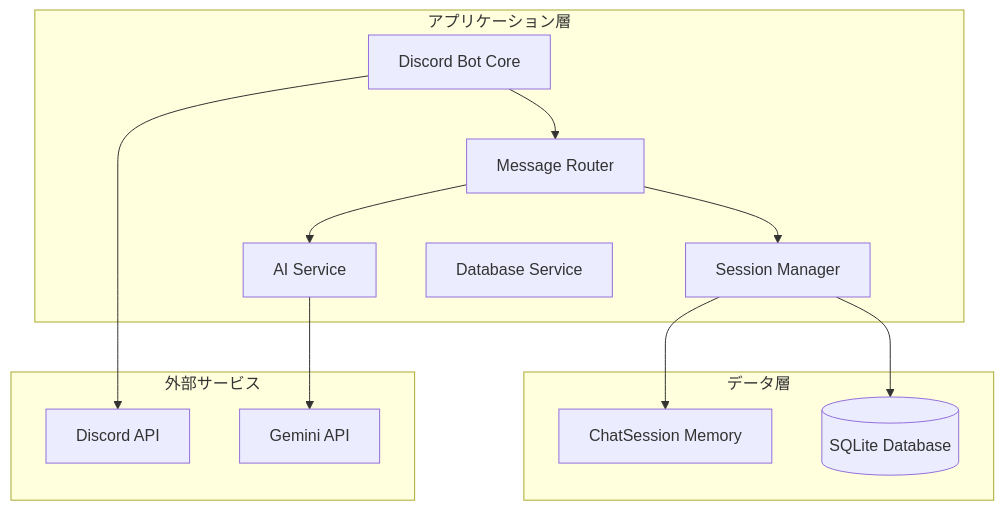
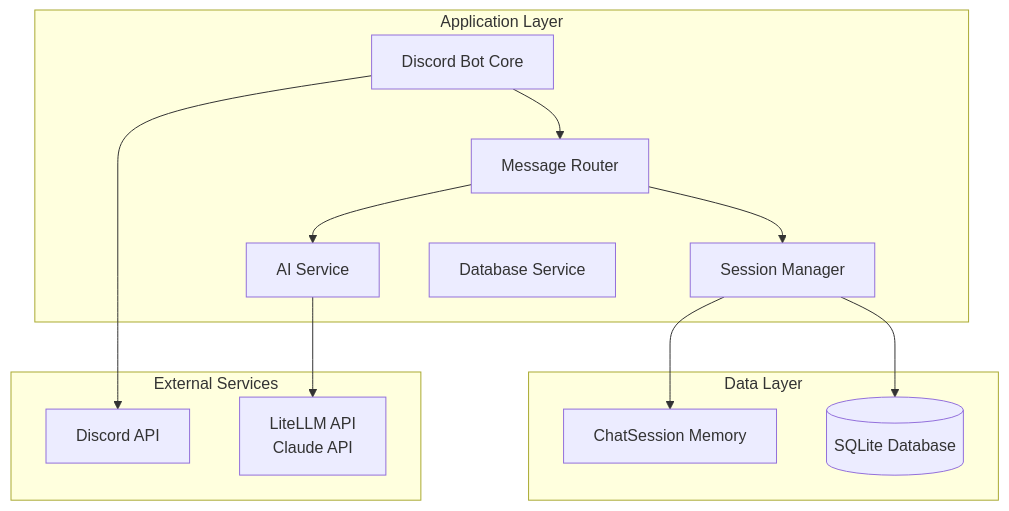
The first of 4 diagrams in docs/architecture/basic-design.md (fluxrozin/kotonoha-bot), drawn with Mermaid before and after one commit. The commit also changed other lines of this file and 16 other files, not shown here.

````diff
--- a/docs/architecture/basic-design.md
+++ b/docs/architecture/basic-design.md
@@ -31,28 +31,28 @@
 ```mermaid
 graph TB
-    subgraph "アプリケーション層"
+    subgraph "Application Layer"
         Bot[Discord Bot Core]
         Router[Message Router]
         SessionMgr[Session Manager]
         AIService[AI Service]
         DBService[Database Service]
     end
 
-    subgraph "データ層"
+    subgraph "Data Layer"
         MemSession[ChatSession Memory]
         SQLite[(SQLite Database)]
     end
 
-    subgraph "外部サービス"
+    subgraph "External Services"
         Discord[Discord API]
-        Gemini[Gemini API]
+        LiteLLM[LiteLLM API<br/>Claude API]
     end
 
     Bot --> Router
     Router --> SessionMgr
     Router --> AIService
     SessionMgr --> MemSession
     SessionMgr --> SQLite
-    AIService --> Gemini
+    AIService --> LiteLLM
     Bot --> Discord
 ```
````
